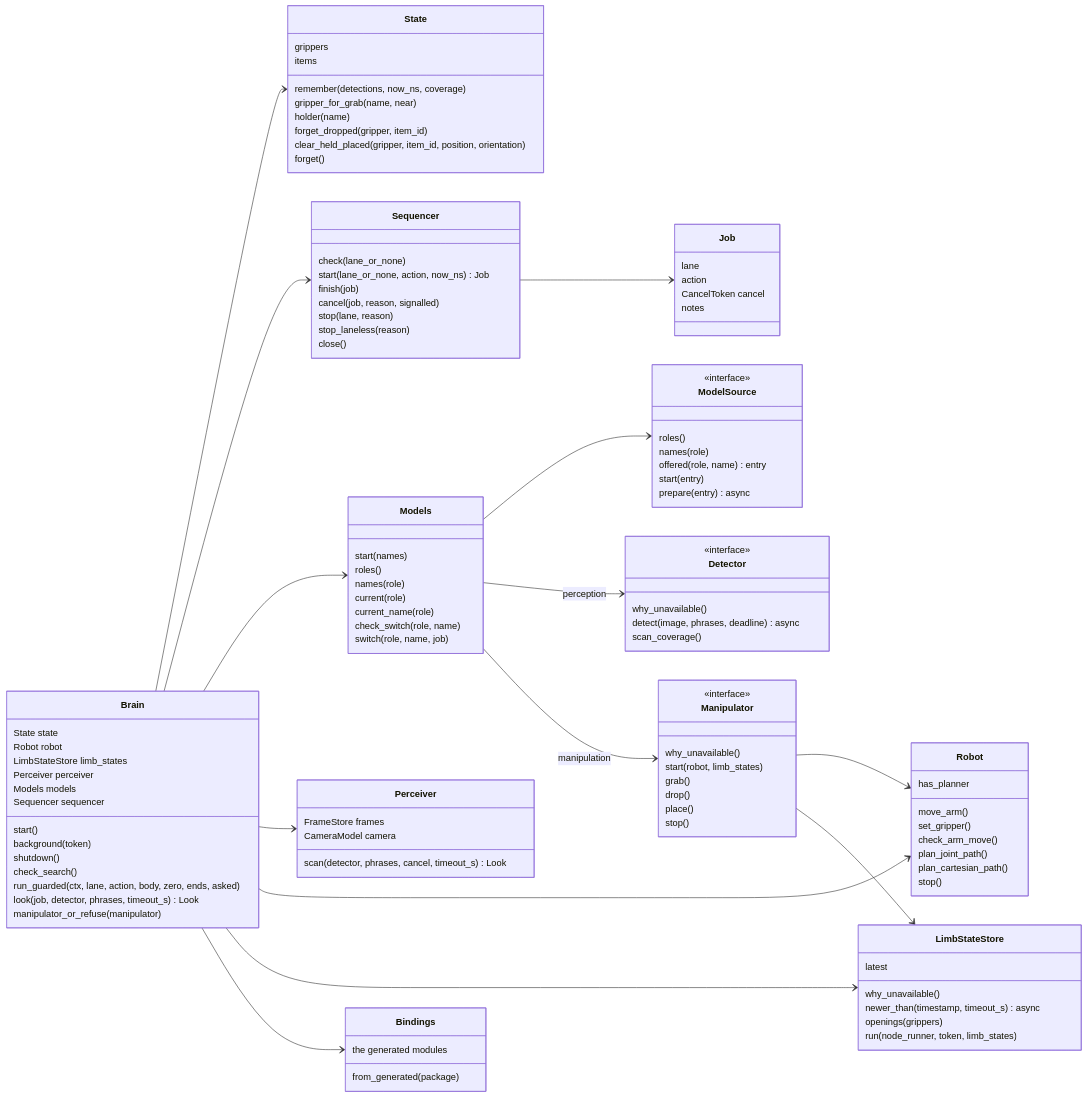
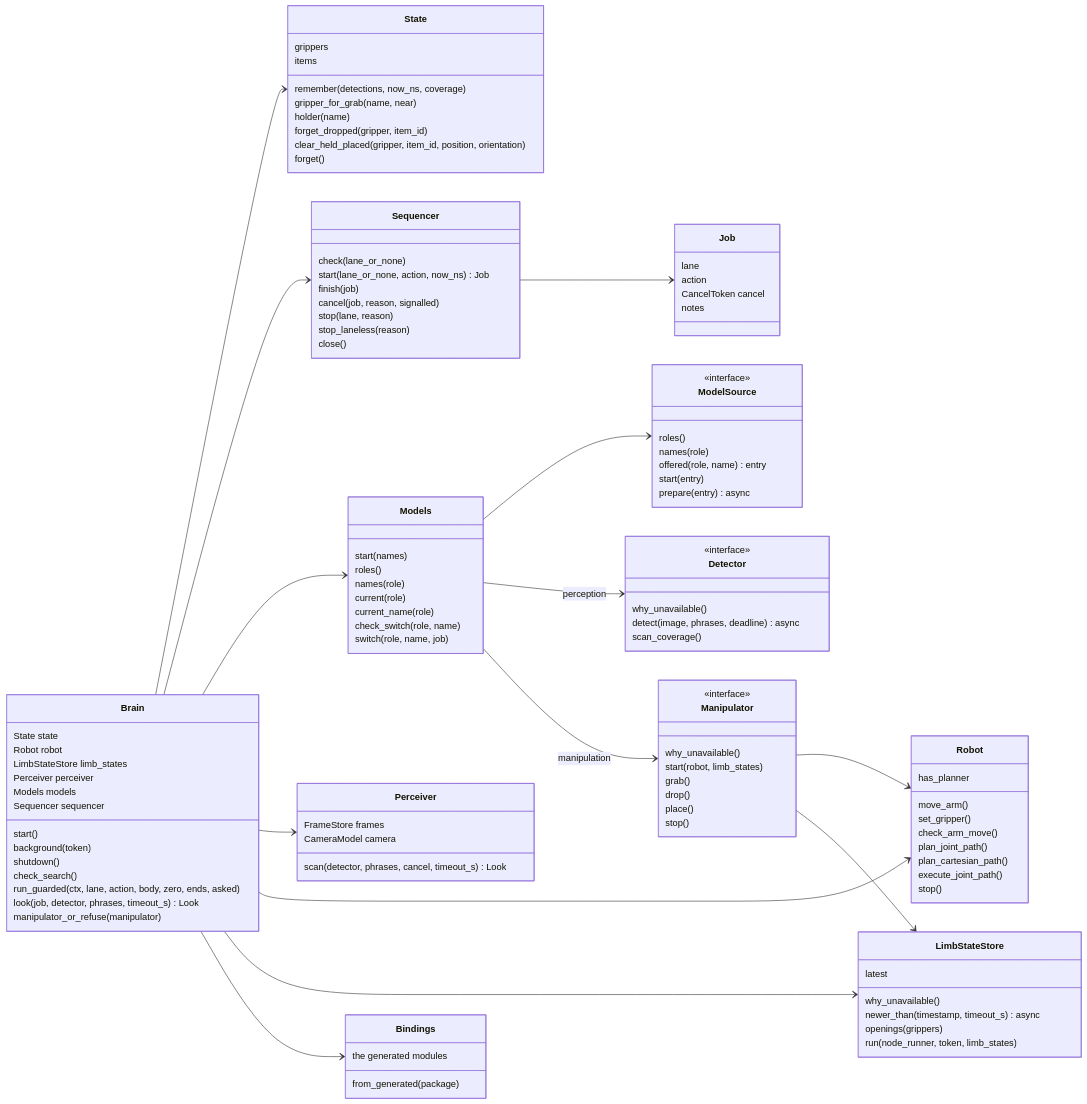
The second of 5 diagrams in brain_core/README.md (Peppy-bot/public-peppy-libs), drawn with Mermaid before and after one commit. The commit also changed other lines of this file and 2 other files, not shown here.

First line of the commit message:
[ROBOTAI-40] brain_core: Robot.execute_joint_path

```diff
--- a/brain_core/README.md
+++ b/brain_core/README.md
@@ -220,6 +220,7 @@
         check_arm_move()
         plan_joint_path()
         plan_cartesian_path()
+        execute_joint_path()
         stop()
     }
     class LimbStateStore {
```
